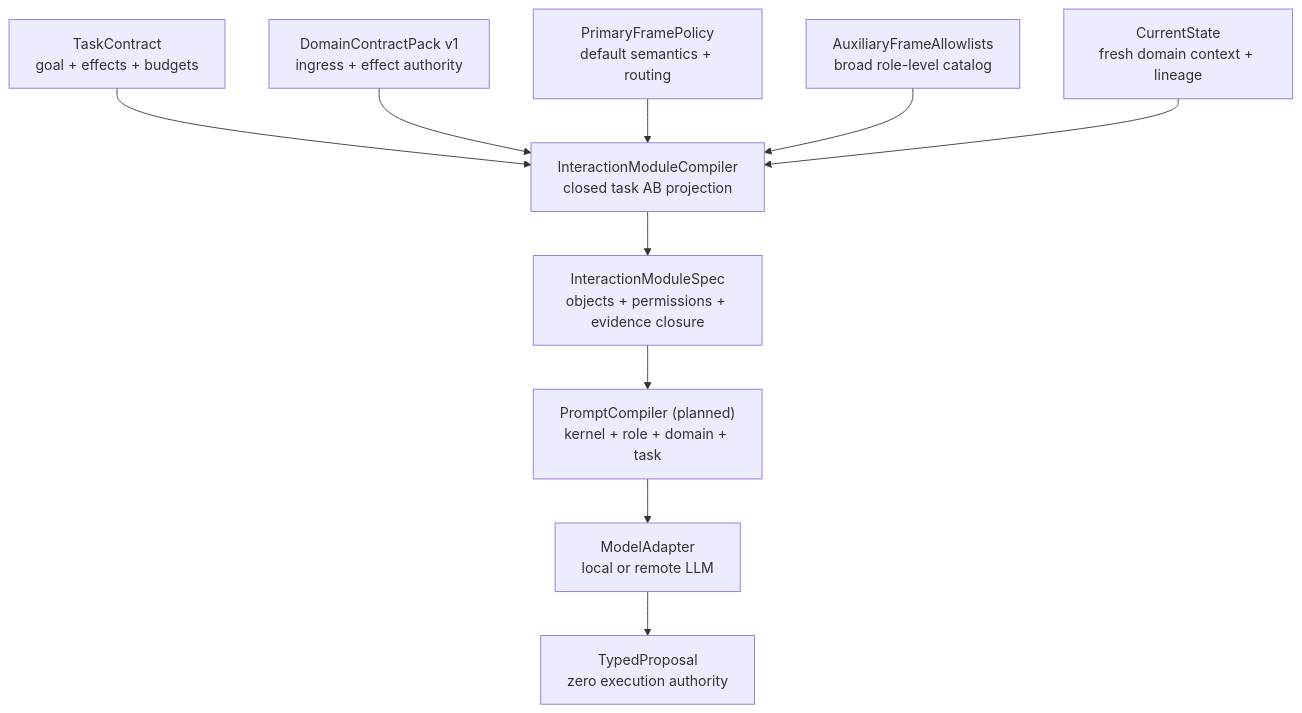
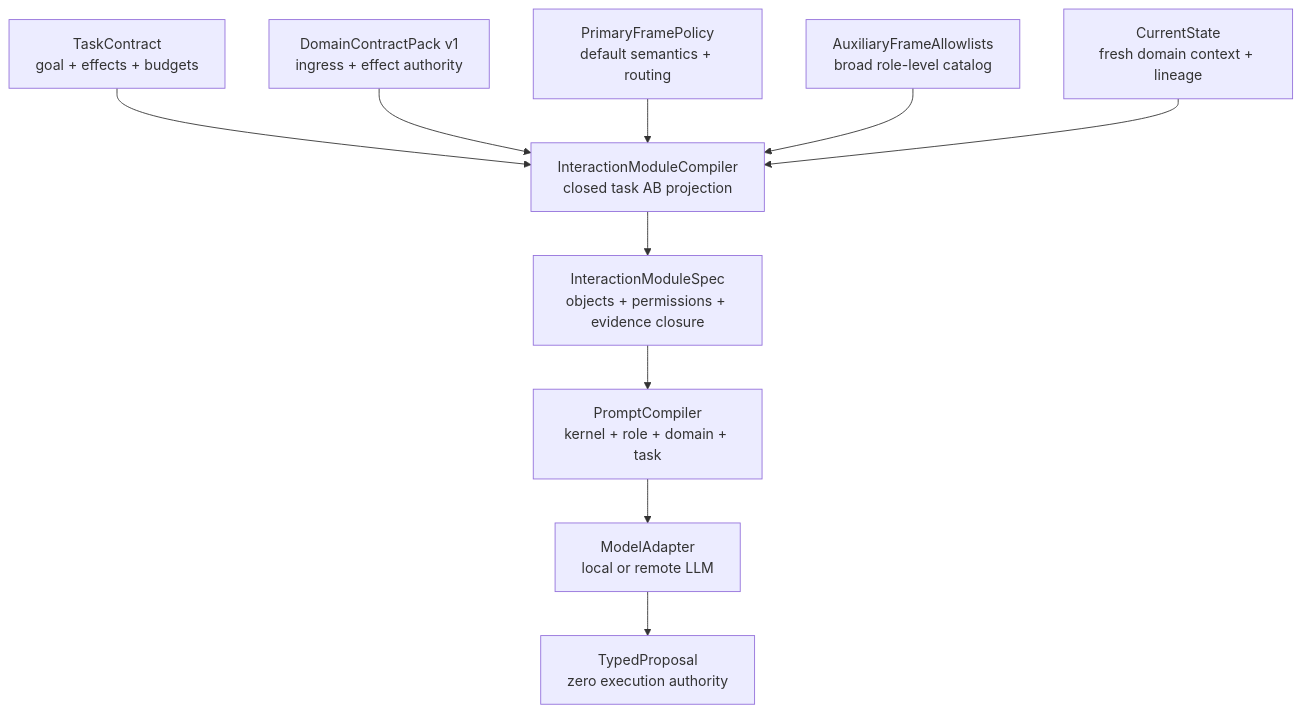
The sixth of 11 diagrams in docs/architecture/universal_agentic_harness_foundation.md (ieverythng/universal-agentic-harness), drawn with Mermaid before and after one commit. The commit also changed other lines of this file and 369 other files, not shown here.

````diff
--- a/docs/architecture/universal_agentic_harness_foundation.md
+++ b/docs/architecture/universal_agentic_harness_foundation.md
@@ -349,23 +398,23 @@
 ```mermaid
 %% uah-render: Figure 2. Role-authorized frames compiled into one task projection
 flowchart TB
     Task["TaskContract<br/>goal + effects + budgets"]:::semantic
     Domain["DomainContractPack v1<br/>ingress + effect authority"]:::semantic
     Primary["PrimaryFramePolicy<br/>default semantics + routing"]:::identity
     Auxiliary["AuxiliaryFrameAllowlists<br/>broad role-level catalog"]:::identity
     State["CurrentState<br/>fresh domain context + lineage"]:::projection
     Interaction["InteractionModuleCompiler<br/>closed task AB projection"]:::compiler
     Module["InteractionModuleSpec<br/>objects + permissions + evidence closure"]:::projection
-    Prompt["PromptCompiler (planned)<br/>kernel + role + domain + task"]:::compiler
+    Prompt["PromptCompiler<br/>kernel + role + domain + task"]:::compiler
     Model["ModelAdapter<br/>local or remote LLM"]:::model
     Proposal["TypedProposal<br/>zero execution authority"]:::proposal
     Task --> Interaction
     Domain --> Interaction
     Primary --> Interaction
     Auxiliary --> Interaction
     State --> Interaction
     Interaction --> Module
     Module --> Prompt
     Prompt --> Model
     Model --> Proposal
 ```
````
